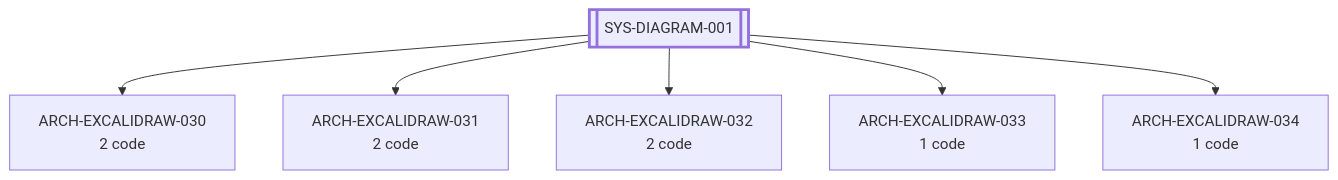
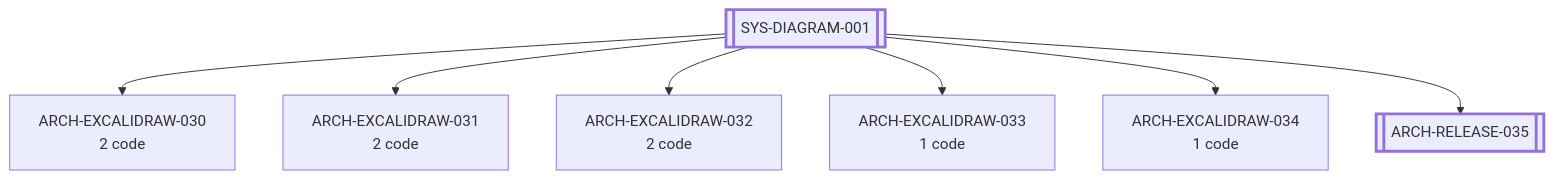
Before and after one commit to alxmax/excalidraw-diagram: the first of 5 diagrams in plugin/requirements/_map.md, drawn with Mermaid. The commit also changed other lines of this file and 10 other files, not shown here.

````diff
--- a/plugin/requirements/_map.md
+++ b/plugin/requirements/_map.md
@@ -15,15 +15,18 @@
 ```mermaid
 graph TD
   ARCH_EXCALIDRAW_030[ARCH-EXCALIDRAW-030<br/>2 code]
   ARCH_EXCALIDRAW_031[ARCH-EXCALIDRAW-031<br/>2 code]
   ARCH_EXCALIDRAW_032[ARCH-EXCALIDRAW-032<br/>2 code]
   ARCH_EXCALIDRAW_033[ARCH-EXCALIDRAW-033<br/>1 code]
   ARCH_EXCALIDRAW_034[ARCH-EXCALIDRAW-034<br/>1 code]
+  ARCH_RELEASE_035[[ARCH-RELEASE-035]]
   SYS_DIAGRAM_001[[SYS-DIAGRAM-001]]
   SYS_DIAGRAM_001 --> ARCH_EXCALIDRAW_030
   SYS_DIAGRAM_001 --> ARCH_EXCALIDRAW_031
   SYS_DIAGRAM_001 --> ARCH_EXCALIDRAW_032
   SYS_DIAGRAM_001 --> ARCH_EXCALIDRAW_033
   SYS_DIAGRAM_001 --> ARCH_EXCALIDRAW_034
+  SYS_DIAGRAM_001 --> ARCH_RELEASE_035
+  style ARCH_RELEASE_035 stroke-width:3px
   style SYS_DIAGRAM_001 stroke-width:3px
 ```
````
